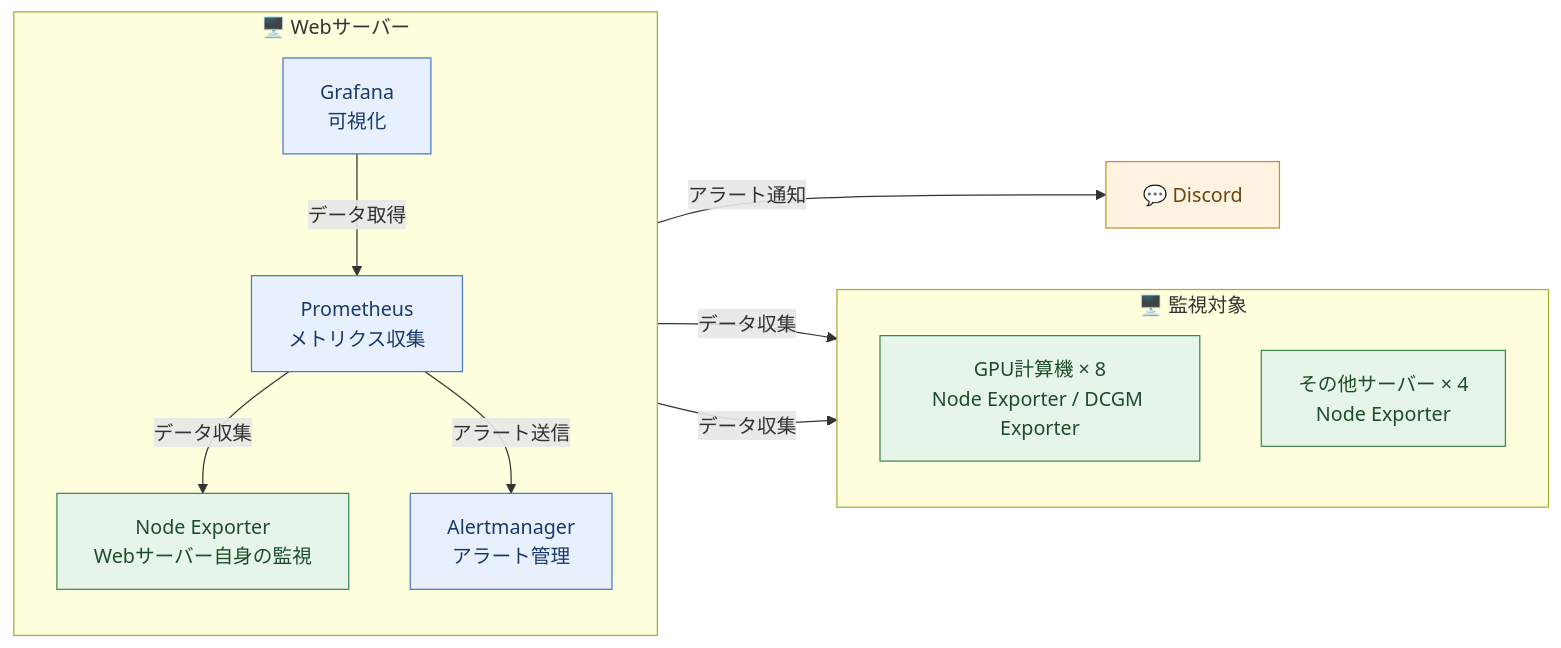
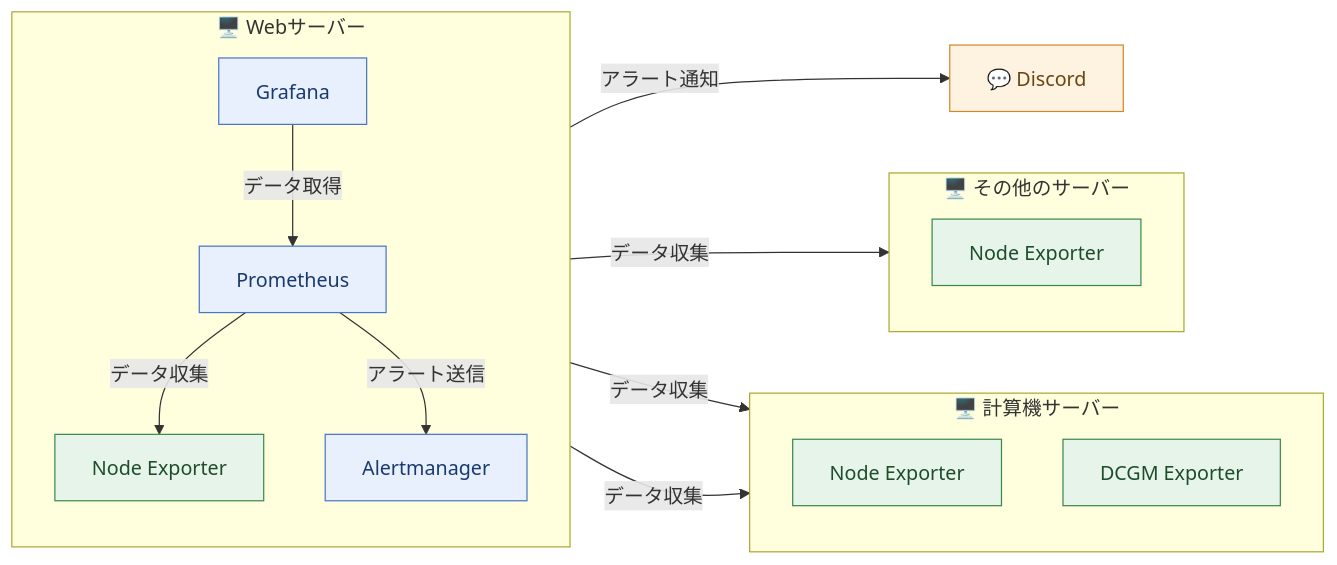
Before and after one commit to HayateKato/zenn-content: the diagram in articles/monitoring-system.md, drawn with Mermaid. The commit also changed other lines of this file, not shown here.

````diff
--- a/articles/monitoring-system.md
+++ b/articles/monitoring-system.md
@@ -41,31 +37,37 @@
 ```mermaid
 flowchart LR
     subgraph web["🖥️ Webサーバー"]
         direction TB
-        G["Grafana<br/>可視化"]
-        P["Prometheus<br/>メトリクス収集"]
-        A["Alertmanager<br/>アラート管理"]
-        W["Node Exporter<br/>Webサーバー自身の監視"]
+        G["Grafana"]
+        P["Prometheus"]
+        A["Alertmanager"]
+        W["Node Exporter"]
         P -- データ収集 --> W
         G -- データ取得 --> P
         P -- アラート送信 --> A
     end
 
-    subgraph targets["🖥️ 監視対象"]
+    subgraph gpu["🖥️ 計算機サーバー"]
         direction TB
-        GPU["GPU計算機 × 8<br/>Node Exporter / DCGM Exporter"]
-        OTH["その他サーバー × 4<br/>Node Exporter"]
+        GNE["Node Exporter"]
+        DCGM["DCGM Exporter"]
     end
 
-    P -- データ収集 --> GPU
-    P -- データ収集 --> OTH
+    subgraph oth["🖥️ その他のサーバー"]
+        direction TB
+        ONE["Node Exporter"]
+    end
+
+    P -- データ収集 --> GNE
+    P -- データ収集 --> DCGM
+    P -- データ収集 --> ONE
     A -- アラート通知 --> S["💬 Discord"]
 
     classDef monitor fill:#e8f0fe,stroke:#4a76c8,color:#1a3a6e
     classDef target fill:#e6f4ea,stroke:#3a8a4f,color:#1e4d2b
     classDef notify fill:#fef3e0,stroke:#d08a2c,color:#6b4410
 
     class G,P,A monitor
-    class GPU,OTH,W target
+    class GNE,DCGM,ONE,W target
     class S notify
 ```
````
